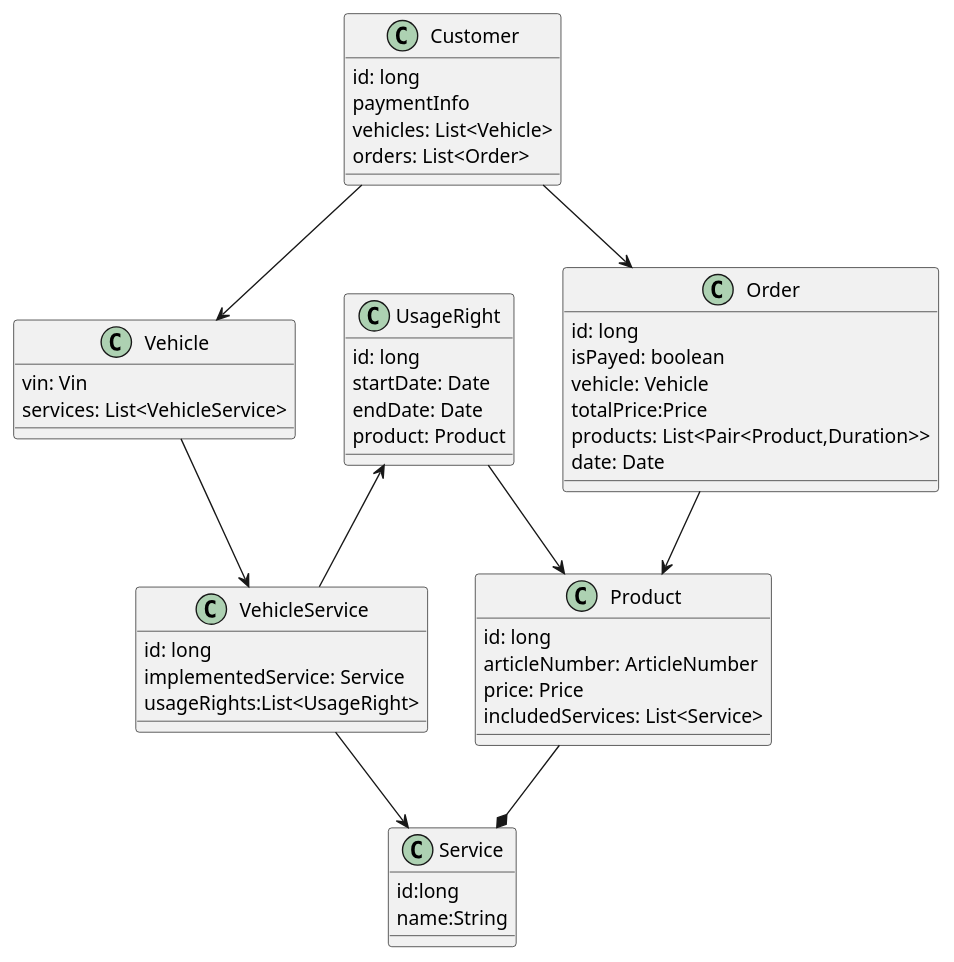
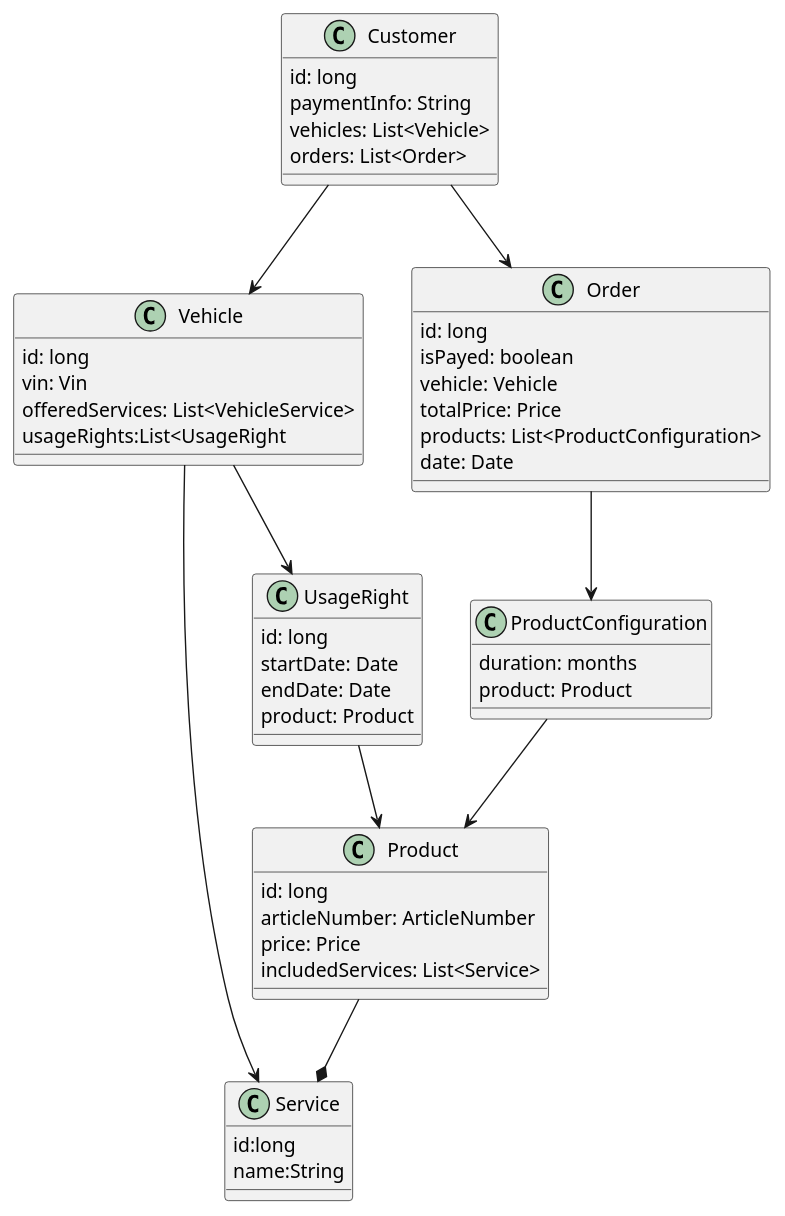
One commit to ljbg1996/car-backend changed the diagram in Phase 2/MoTraCoCa/UML/Class.puml. Above: the diagram before and after it, drawn with PlantUML. The commit also changed 4 other files, not shown here.

```diff
--- a/Phase 2/MoTraCoCa/UML/Class.puml
+++ b/Phase 2/MoTraCoCa/UML/Class.puml
@@ -1,59 +1,60 @@
 @startuml
-'test
+
 class Customer {
 id: long
-paymentInfo
+paymentInfo: String
 vehicles: List<Vehicle>
 orders: List<Order>
 }
 
 class Vehicle {
+  id: long
   vin: Vin
-  services: List<VehicleService>
+  offeredServices: List<VehicleService>
+  usageRights:List<UsageRight
 }
 
 class Product {
   id: long
   articleNumber: ArticleNumber
   price: Price
   includedServices: List<Service>
 }
 
+class ProductConfiguration{
+duration: months
+product: Product
+}
+
 class Order{
 id: long
 isPayed: boolean
 vehicle: Vehicle
-totalPrice:Price
-products: List<Pair<Product,Duration>>
+totalPrice: Price
+products: List<ProductConfiguration>
 date: Date
-}
-
-class VehicleService {
-id: long
-implementedService: Service
-usageRights:List<UsageRight>
 }
 
 class Service{
 id:long
 name:String
 }
 
 
 class UsageRight {
   id: long
   startDate: Date
   endDate: Date
   product: Product
 }
 
 Customer --> Vehicle
 Customer --> Order
-Vehicle --> VehicleService
-VehicleService --> Service
-Order --> Product
-UsageRight <-- VehicleService
+Vehicle --> Service
+Vehicle --> UsageRight
+Order --> ProductConfiguration
+ProductConfiguration --> Product
 UsageRight --> Product
 Product --* Service
 
 @enduml
```
